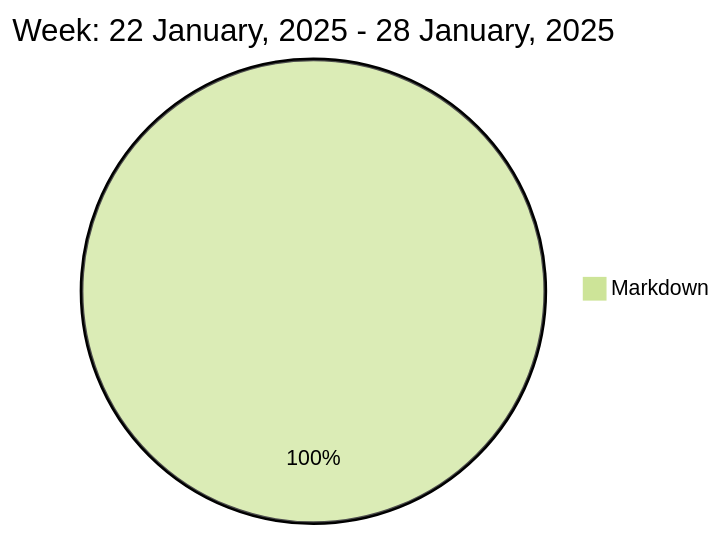
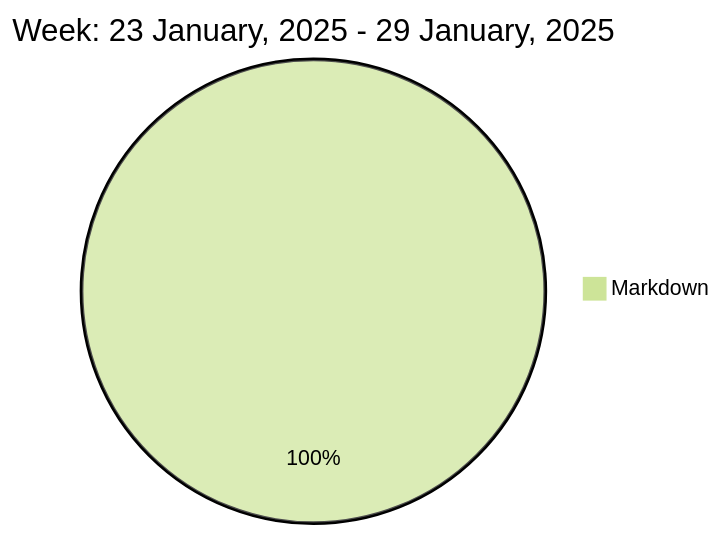
Before and after one commit to liubin95/liubin95: the diagram in README.md, drawn with Mermaid (forest theme).

Commit message:
Updated the Graph with new Metrics

````diff
--- a/README.md
+++ b/README.md
@@ -37,5 +37,5 @@
 ```mermaid
  pie
-title Week: 22 January, 2025 - 28 January, 2025
- "Markdown" : 1.95
+title Week: 23 January, 2025 - 29 January, 2025
+ "Markdown" : 1.05
 ```
````
